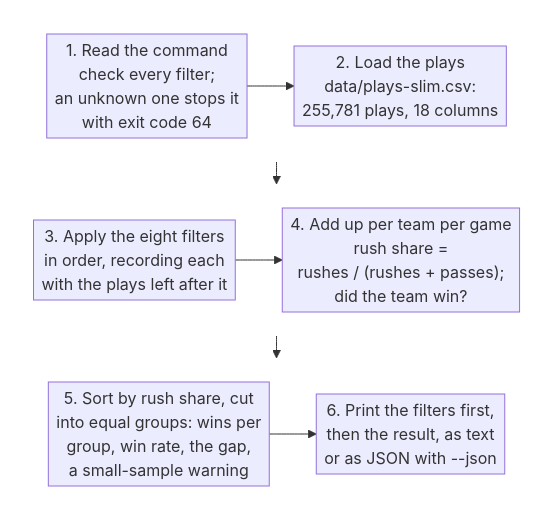
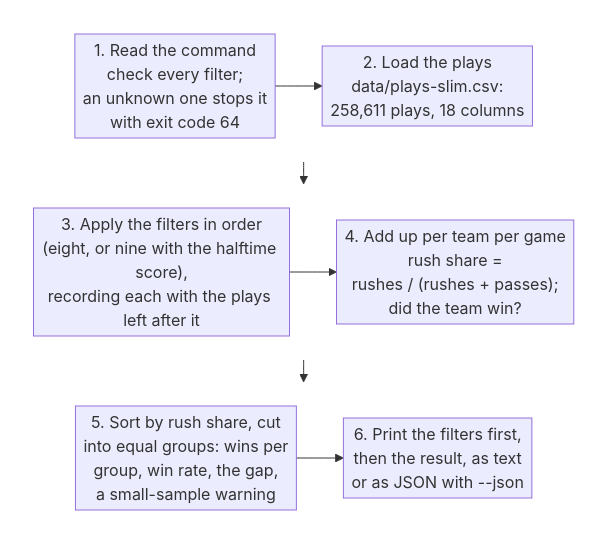
The second of 2 diagrams in README.md (ismayc/monday-morning-agent), drawn with Mermaid before and after one commit. The commit also changed other lines of this file and 15 other files, not shown here.

````diff
--- a/README.md
+++ b/README.md
@@ -60,26 +60,26 @@
 ```mermaid
 %%{init: {"flowchart": {"nodeSpacing": 28, "rankSpacing": 22, "padding": 4, "wrappingWidth": 240}}}%%
 flowchart TB
     subgraph r1 [" "]
         direction LR
         cmd["1. Read the command<br/>check every filter;<br/>an unknown one stops it<br/>with exit code 64"]
-        load["2. Load the plays<br/>data/plays-slim.csv:<br/>255,781 plays, 18 columns"]
+        load["2. Load the plays<br/>data/plays-slim.csv:<br/>258,611 plays, 18 columns"]
         cmd --> load
     end
     subgraph r2 [" "]
         direction LR
-        filt["3. Apply the eight filters<br/>in order, recording each<br/>with the plays left after it"]
+        filt["3. Apply the filters in order<br/>(eight, or nine with the halftime score),<br/>recording each with the plays left after it"]
         team["4. Add up per team per game<br/>rush share =<br/>rushes / (rushes + passes);<br/>did the team win?"]
         filt --> team
     end
     subgraph r3 [" "]
         direction LR
         grp["5. Sort by rush share, cut<br/>into equal groups: wins per<br/>group, win rate, the gap,<br/>a small-sample warning"]
         out["6. Print the filters first,<br/>then the result, as text<br/>or as JSON with --json"]
         grp --> out
     end
     r1 --> r2 --> r3
     style r1 fill:none,stroke:none
     style r2 fill:none,stroke:none
     style r3 fill:none,stroke:none
 ```
````
